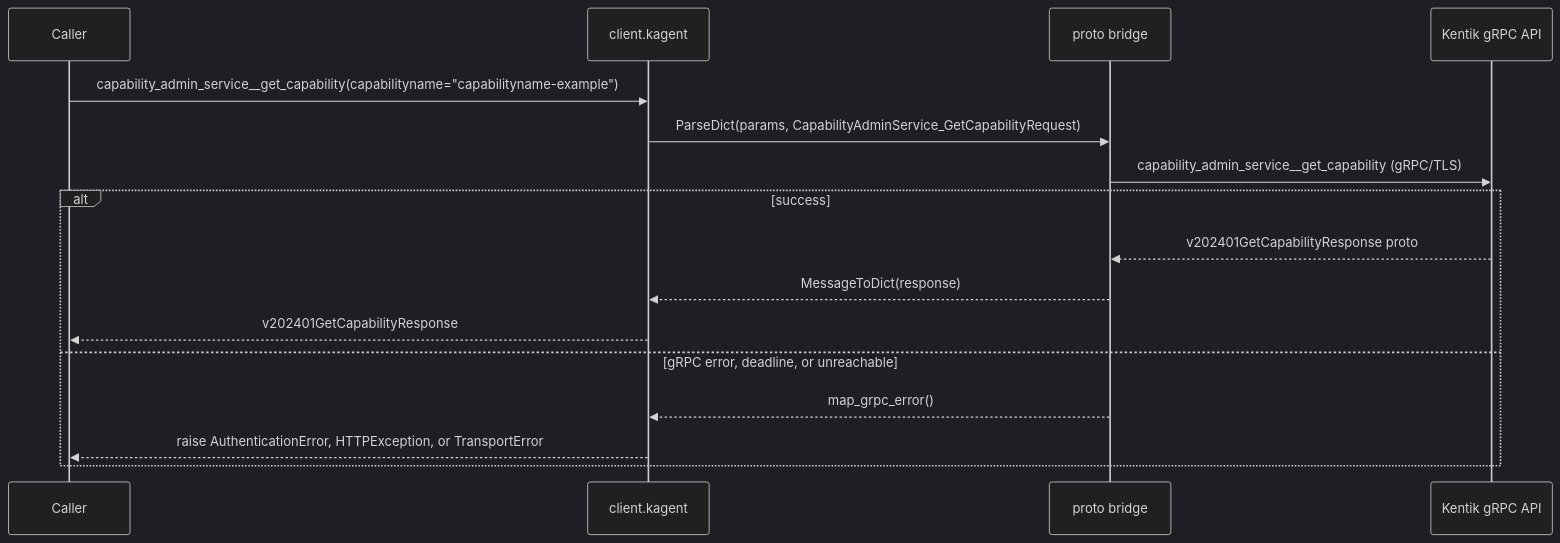
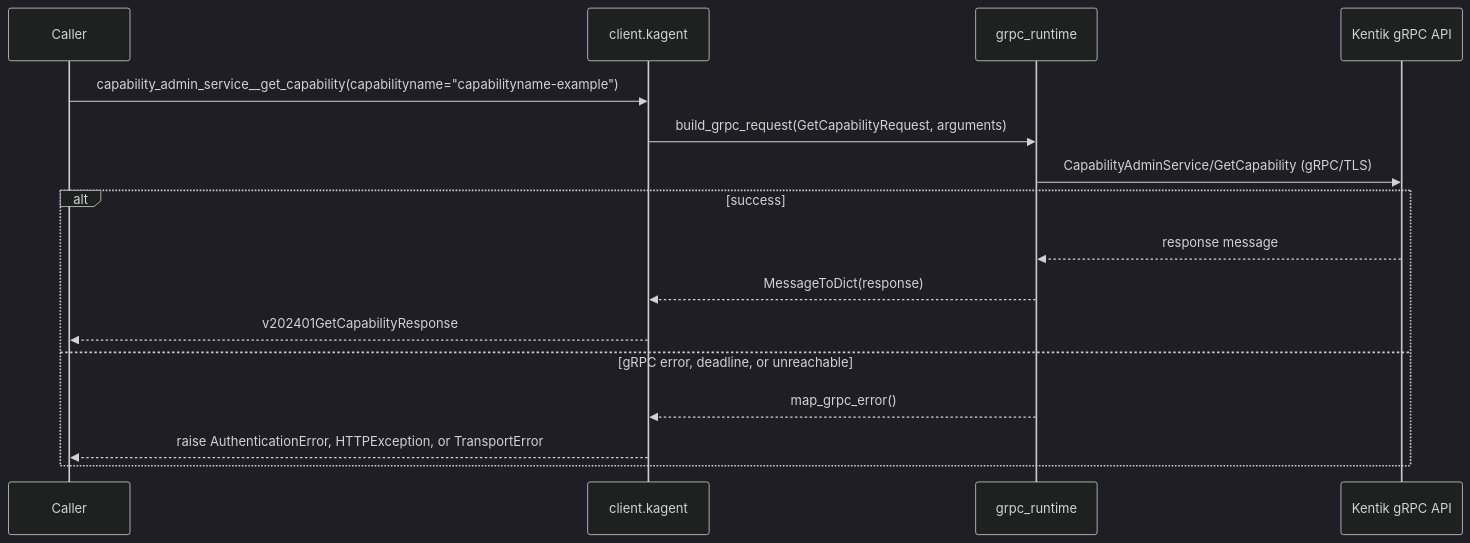
Diagram 29 of 58 in docs/sphinx/services/kagent.md (alexdearaujo/community_sdk_python), drawn with Mermaid (dark theme) before and after one commit. The commit also changed other lines of this file and 37 other files, not shown here.

First line of the commit message:
docs: show the real RPC in each service page's gRPC diagram

````diff
--- a/docs/sphinx/services/kagent.md
+++ b/docs/sphinx/services/kagent.md
@@ -1050,19 +1050,19 @@
 ```mermaid
 sequenceDiagram
     participant C as Caller
     participant W as client.kagent
-    participant B as proto bridge
+    participant R as grpc_runtime
     participant API as Kentik gRPC API
 
     C->>W: capability_admin_service__get_capability(capabilityname="capabilityname-example")
-    W->>B: ParseDict(params, CapabilityAdminService_GetCapabilityRequest)
-    B->>API: capability_admin_service__get_capability (gRPC/TLS)
+    W->>R: build_grpc_request(GetCapabilityRequest, arguments)
+    R->>API: CapabilityAdminService/GetCapability (gRPC/TLS)
     alt success
-        API-->>B: v202401GetCapabilityResponse proto
-        B-->>W: MessageToDict(response)
+        API-->>R: response message
+        R-->>W: MessageToDict(response)
         W-->>C: v202401GetCapabilityResponse
     else gRPC error, deadline, or unreachable
-        B-->>W: map_grpc_error()
+        R-->>W: map_grpc_error()
         W-->>C: raise AuthenticationError, HTTPException, or TransportError
     end
 ```
````
